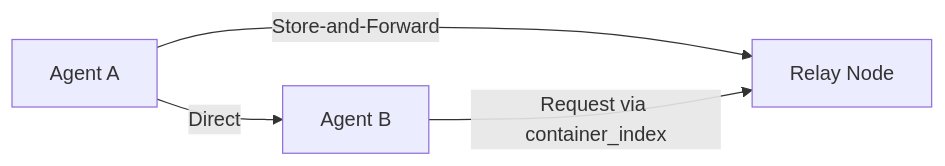
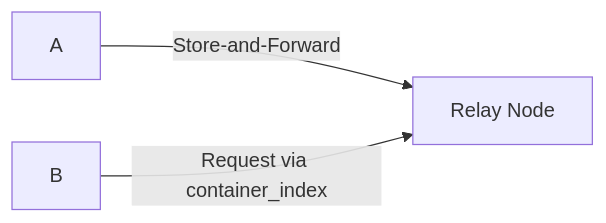
The eighth of 8 diagrams in docs/HMP-0005.md (kagvi13/HMP), drawn with Mermaid before and after one commit.

Commit message:
Update relay delivery flow diagram
Removed direct connection from Agent A to Agent B in the relay delivery flow diagram.

````diff
--- a/docs/HMP-0005.md
+++ b/docs/HMP-0005.md
@@ -4385,6 +4385,5 @@
 ```mermaid
 flowchart LR
-    A[Agent A] -->|Direct| B[Agent B]
     A -->|Store-and-Forward| R[Relay Node]
     B -->|Request via container_index| R
 ```
````
